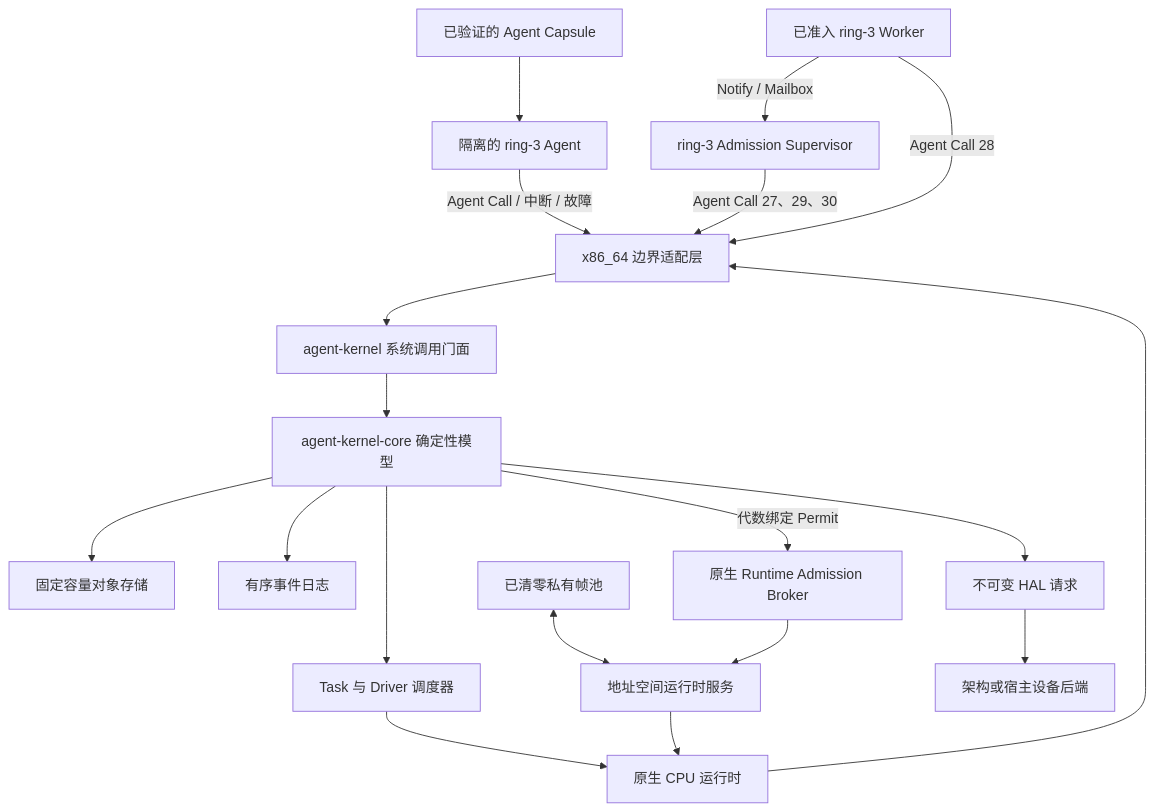
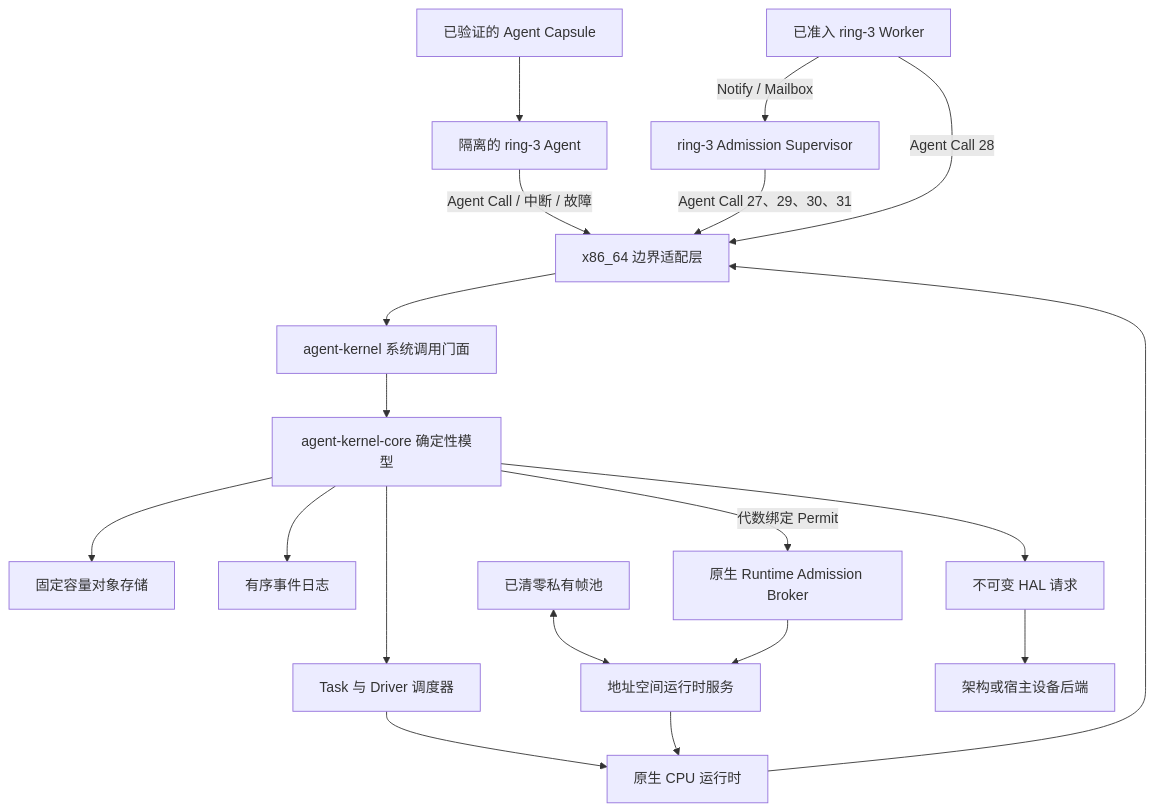
The diagram in README.zh-CN.md (Evan-master/agent-kernel), drawn with Mermaid before and after one commit. The commit also changed other lines of this file and 36 other files, not shown here.

````diff
--- a/README.zh-CN.md
+++ b/README.zh-CN.md
@@ -147,21 +153,21 @@
 ```mermaid
 flowchart TB
     Capsule["已验证的 Agent Capsule"] --> Ring3["隔离的 ring-3 Agent"]
     Ring3 -->|"Agent Call / 中断 / 故障"| X86["x86_64 边界适配层"]
     X86 --> Facade["agent-kernel 系统调用门面"]
     Facade --> Core["agent-kernel-core 确定性模型"]
     Core --> Stores["固定容量对象存储"]
     Core --> Events["有序事件日志"]
     Core --> Scheduler["Task 与 Driver 调度器"]
     Scheduler --> Runtime["原生 CPU 运行时"]
     Runtime --> X86
     FramePool["已清零私有帧池"] <--> AddressService["地址空间运行时服务"]
     Broker["原生 Runtime Admission Broker"] --> AddressService
     Core -->|"代数绑定 Permit"| Broker
     AddressService --> Runtime
     Core --> HAL["不可变 HAL 请求"]
     HAL --> Device["架构或宿主设备后端"]
-    Supervisor["ring-3 Admission Supervisor"] -->|"Agent Call 27、29、30"| X86
+    Supervisor["ring-3 Admission Supervisor"] -->|"Agent Call 27、29、30、31"| X86
     Workers["已准入 ring-3 Worker"] -->|"Agent Call 28"| X86
     Workers -->|"Notify / Mailbox"| Supervisor
 ```
````
